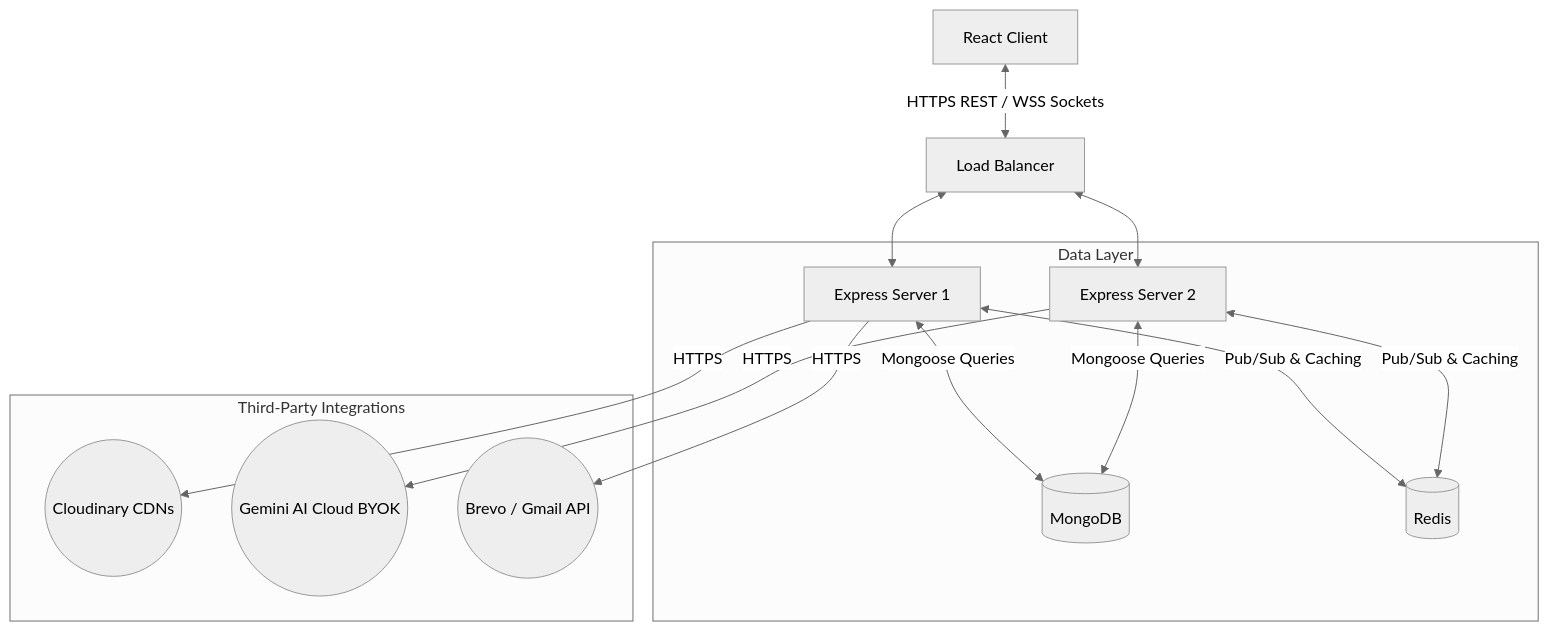
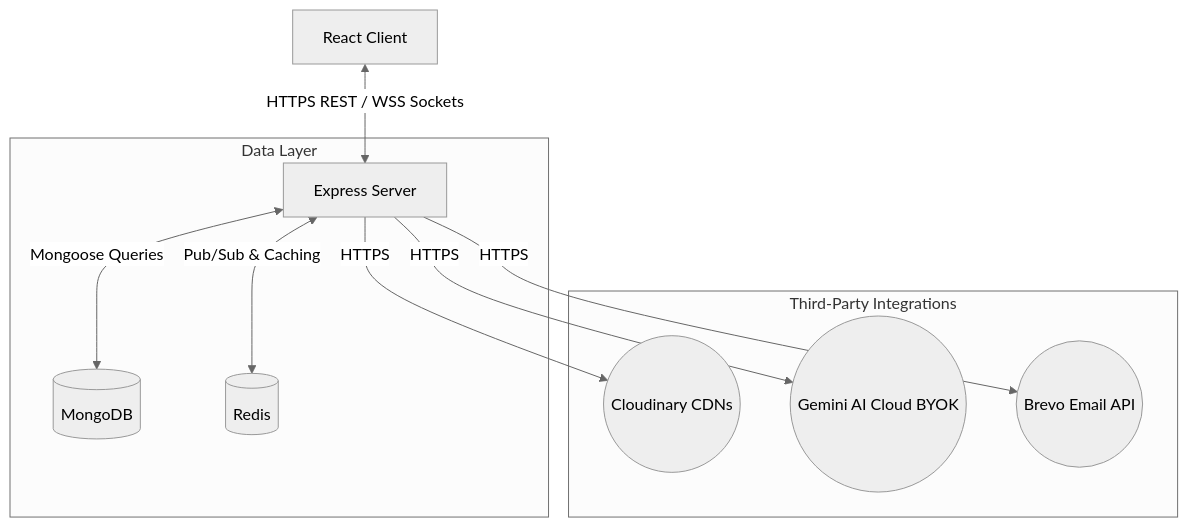
The first of 2 diagrams in docs/architecture.md (SABARITHAN-P/vertex-connect), drawn with Mermaid (neutral theme) before and after one commit. The commit also changed other lines of this file and 3 other files, not shown here.

````diff
--- a/docs/architecture.md
+++ b/docs/architecture.md
@@ -11,21 +11,15 @@
 ```mermaid
 graph TB
-    Client[React Client] <-->|HTTPS REST / WSS Sockets| LB[Load Balancer]
-    LB <--> Node1[Express Server 1]
-    LB <--> Node2[Express Server 2]
+    Client[React Client] <-->|HTTPS REST / WSS Sockets| Server[Express Server]
     
     subgraph Data Layer
-        Node1 <-->|Mongoose Queries| Mongo[(MongoDB)]
-        Node2 <-->|Mongoose Queries| Mongo
-        
-        Node1 <-->|Pub/Sub & Caching| Redis[(Redis)]
-        Node2 <-->|Pub/Sub & Caching| Redis
+        Server <-->|Mongoose Queries| Mongo[(MongoDB)]
+        Server <-->|Pub/Sub & Caching| Redis[(Redis)]
     end
     
     subgraph Third-Party Integrations
-        Node1 -->|HTTPS| Cloudinary((Cloudinary CDNs))
-        Node2 -->|HTTPS| Gemini((Gemini AI Cloud BYOK))
-        Node1 -->|HTTPS| MailSender((Brevo / Gmail API))
+        Server -->|HTTPS| Cloudinary((Cloudinary CDNs))
+        Server -->|HTTPS| Gemini((Gemini AI Cloud BYOK))
+        Server -->|HTTPS| MailSender((Brevo Email API))
     end
-
 ```
````
